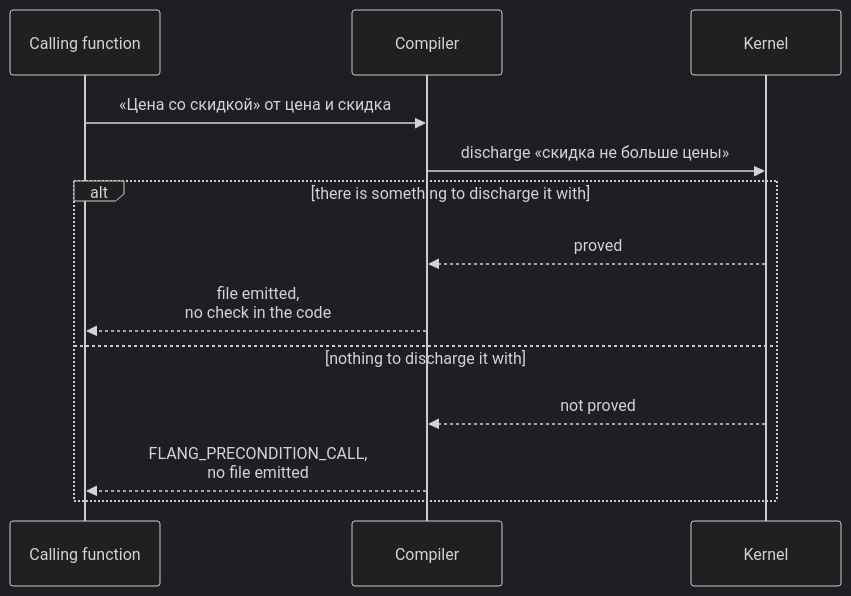
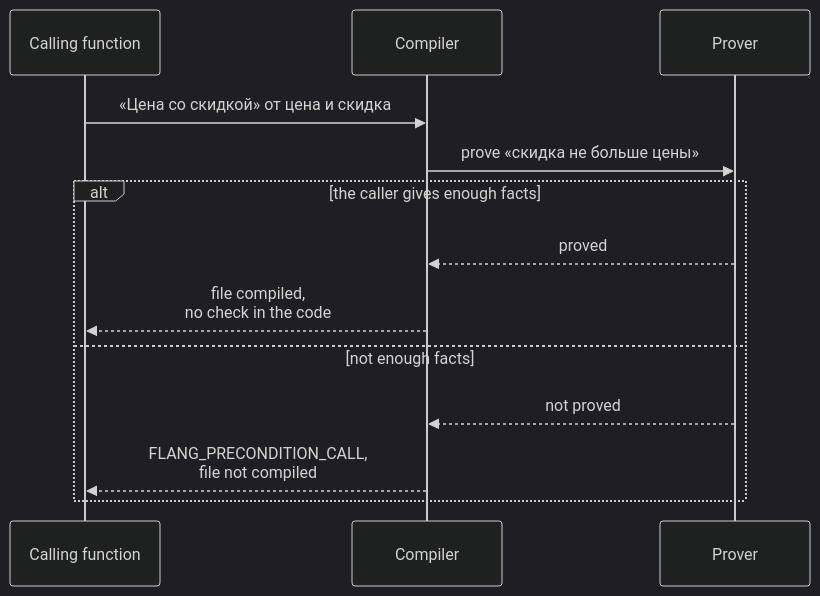
Before and after one commit to MyWWWChat/flang: the second of 2 diagrams in docs/site/how-proofs-work.md, drawn with Mermaid (dark theme). The commit also changed other lines of this file and 5 other files, not shown here.

````diff
--- a/docs/site/how-proofs-work.md
+++ b/docs/site/how-proofs-work.md
@@ -194,15 +204,15 @@
-```mermaid Who discharges the precondition
+```mermaid Who proves the precondition
 sequenceDiagram
   participant C as Calling function
   participant K as Compiler
-  participant Y as Kernel
+  participant Y as Prover
   C->>K: «Цена со скидкой» от цена и скидка
-  K->>Y: discharge «скидка не больше цены»
-  alt there is something to discharge it with
+  K->>Y: prove «скидка не больше цены»
+  alt the caller gives enough facts
     Y-->>K: proved
-    K-->>C: file emitted,<br>no check in the code
-  else nothing to discharge it with
+    K-->>C: file compiled,<br>no check in the code
+  else not enough facts
     Y-->>K: not proved
-    K-->>C: FLANG_PRECONDITION_CALL,<br>no file emitted
+    K-->>C: FLANG_PRECONDITION_CALL,<br>file not compiled
   end
 ```
````
